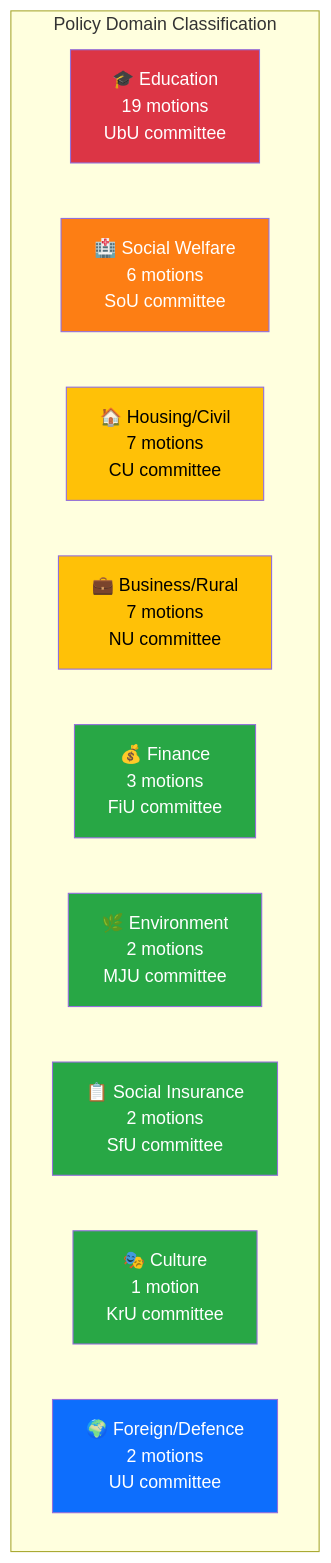
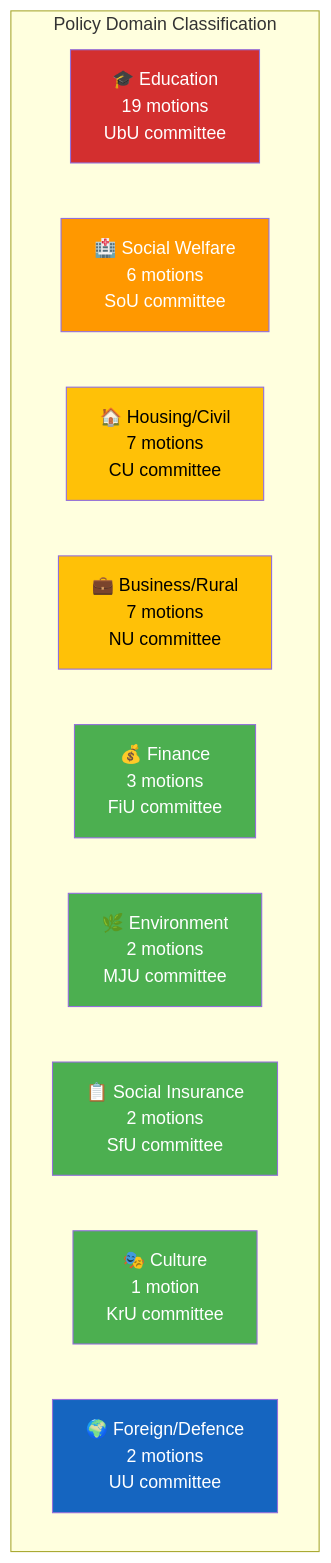
The diagram in analysis/daily/2026-04-01/motions/classification-results.md (Hack23/riksdagsmonitor), drawn with Mermaid before and after one commit. The commit also changed 785 other files, not shown here.

First line of the commit message:
Normalize mermaid colors across 786 analysis artifacts to ISMS Style Guide palette

````diff
--- a/analysis/daily/2026-04-01/motions/classification-results.md
+++ b/analysis/daily/2026-04-01/motions/classification-results.md
@@ -14,23 +14,23 @@
 ```mermaid
 graph TD
     subgraph Domains["Policy Domain Classification"]
         EDU["🎓 Education<br/>19 motions<br/>UbU committee"]
         SOC["🏥 Social Welfare<br/>6 motions<br/>SoU committee"]
         HSG["🏠 Housing/Civil<br/>7 motions<br/>CU committee"]
         BIZ["💼 Business/Rural<br/>7 motions<br/>NU committee"]
         FIN["💰 Finance<br/>3 motions<br/>FiU committee"]
         ENV["🌿 Environment<br/>2 motions<br/>MJU committee"]
         SOI["📋 Social Insurance<br/>2 motions<br/>SfU committee"]
         CUL["🎭 Culture<br/>1 motion<br/>KrU committee"]
         FOR["🌍 Foreign/Defence<br/>2 motions<br/>UU committee"]
     end
-    style EDU fill:#dc3545,color:#fff
-    style SOC fill:#fd7e14,color:#fff
-    style HSG fill:#ffc107,color:#000
-    style BIZ fill:#ffc107,color:#000
-    style FIN fill:#28a745,color:#fff
-    style ENV fill:#28a745,color:#fff
-    style SOI fill:#28a745,color:#fff
-    style CUL fill:#28a745,color:#fff
-    style FOR fill:#0d6efd,color:#fff
+    style EDU fill:#D32F2F,color:#FFFFFF
+    style SOC fill:#FF9800,color:#FFFFFF
+    style HSG fill:#FFC107,color:#000000
+    style BIZ fill:#FFC107,color:#000000
+    style FIN fill:#4CAF50,color:#FFFFFF
+    style ENV fill:#4CAF50,color:#FFFFFF
+    style SOI fill:#4CAF50,color:#FFFFFF
+    style CUL fill:#4CAF50,color:#FFFFFF
+    style FOR fill:#1565C0,color:#FFFFFF
 ```
````
